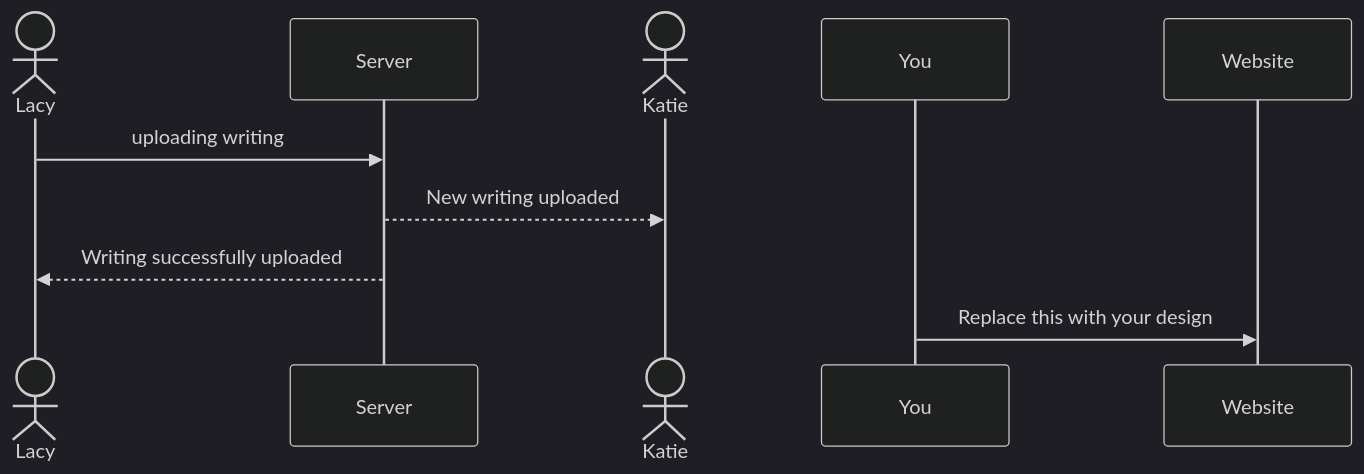
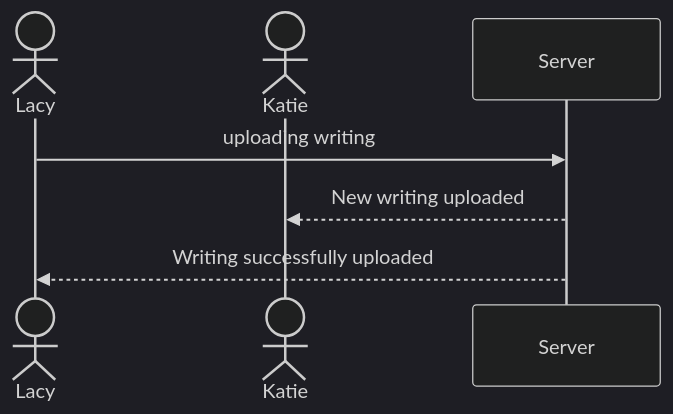
The diagram in README.md (lacyelln/startup), drawn with Mermaid (dark theme) before and after one commit.

Commit message:
Rearranged diagram

````diff
--- a/README.md
+++ b/README.md
@@ -42,9 +42,8 @@
 ```mermaid
 sequenceDiagram
     actor Lacy
+    actor Katie
     Lacy->>Server: uploading writing
-    actor Katie
     Server -->>Katie: New writing uploaded
     Server -->>Lacy: Writing successfully uploaded
-    You->>Website: Replace this with your design
 ```
````
